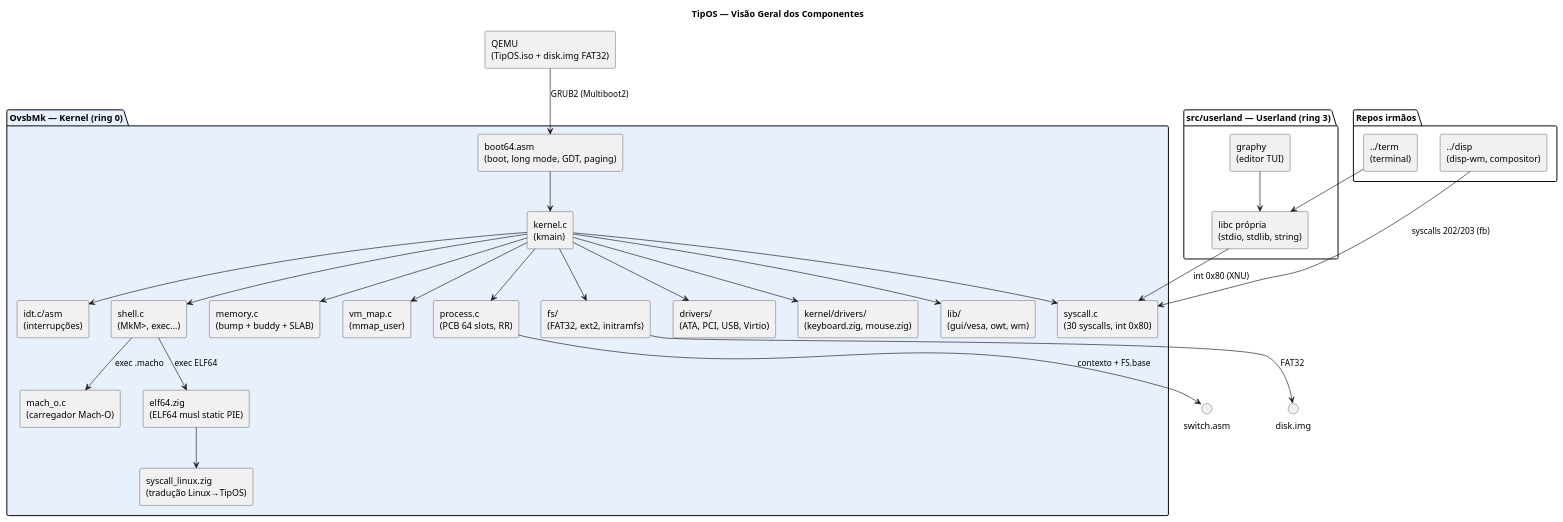
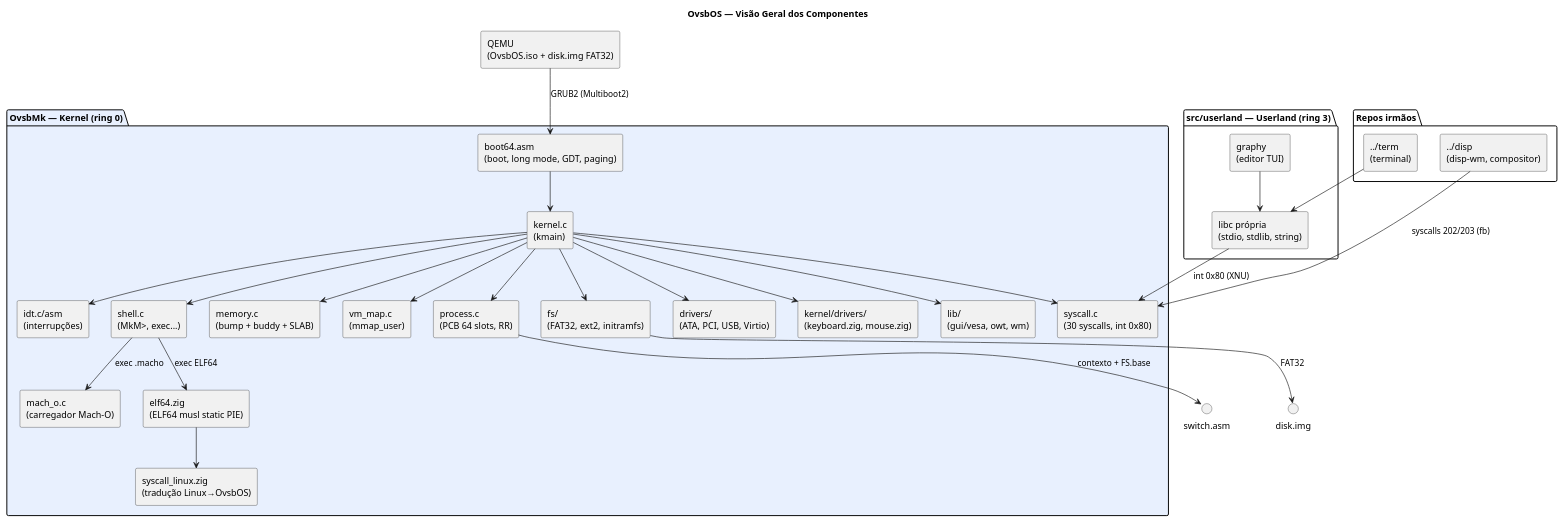
The diagram in docs/uml/arquitetura.puml (Bugs-Appettit-inc/OvsbOs), drawn with PlantUML before and after one commit. The commit also changed 49 other files, not shown here.

```diff
--- a/docs/uml/arquitetura.puml
+++ b/docs/uml/arquitetura.puml
@@ -1,66 +1,66 @@
 @startuml
 ' moe moe kyun <3
-' TipOS — arquitetura geral (componentes)
+' OvsbOS — arquitetura geral (componentes)
 ' atualizado em 2026-08-12 (pós limpeza: sem rust, sem dock, sem disp no repo)
 
-title TipOS — Visão Geral dos Componentes
+title OvsbOS — Visão Geral dos Componentes
 
 skinparam componentStyle rectangle
 skinparam shadowing false
 skinparam defaultFontName "SansSerif"
 skinparam monochrome false
 
 package "OvsbMk — Kernel (ring 0)" as kernel #E8F0FE {
     component "boot64.asm\n(boot, long mode, GDT, paging)" as boot
     component "kernel.c\n(kmain)" as kmain
     component "idt.c/asm\n(interrupções)" as idt
     component "syscall.c\n(30 syscalls, int 0x80)" as syscall
     component "process.c\n(PCB 64 slots, RR)" as proc
     component "memory.c\n(bump + buddy + SLAB)" as mem
     component "vm_map.c\n(mmap_user)" as vm
     component "shell.c\n(MkM>, exec...)" as shell
     component "mach_o.c\n(carregador Mach-O)" as macho
     component "elf64.zig\n(ELF64 musl static PIE)" as elf
-    component "syscall_linux.zig\n(tradução Linux→TipOS)" as trl
+    component "syscall_linux.zig\n(tradução Linux→OvsbOS)" as trl
     component "fs/\n(FAT32, ext2, initramfs)" as fs
     component "drivers/\n(ATA, PCI, USB, Virtio)" as drv
     component "kernel/drivers/\n(keyboard.zig, mouse.zig)" as drvzig
     component "lib/\n(gui/vesa, owt, wm)" as lib
 }
 
 package "src/userland — Userland (ring 3)" as ul {
     component "libc própria\n(stdio, stdlib, string)" as libc
     component "graphy\n(editor TUI)" as graphy
 }
 
 package "Repos irmãos" as irmaos {
     component "../disp\n(disp-wm, compositor)" as disp
     component "../term\n(terminal)" as term
 }
 
-component "QEMU\n(TipOS.iso + disk.img FAT32)" as qemu
+component "QEMU\n(OvsbOS.iso + disk.img FAT32)" as qemu
 
 qemu --> boot : "GRUB2 (Multiboot2)"
 boot --> kmain
 kmain --> idt
 kmain --> syscall
 kmain --> proc
 kmain --> mem
 kmain --> vm
 kmain --> shell
 kmain --> fs
 kmain --> drv
 kmain --> drvzig
 kmain --> lib
 shell --> macho : "exec .macho"
 shell --> elf : "exec ELF64"
 elf --> trl
 proc --> switch.asm : "contexto + FS.base"
 
 libc --> syscall : "int 0x80 (XNU)"
 graphy --> libc
 disp --> syscall : "syscalls 202/203 (fb)"
 term --> libc
 
 fs --> disk.img : "FAT32"
 @enduml
```
